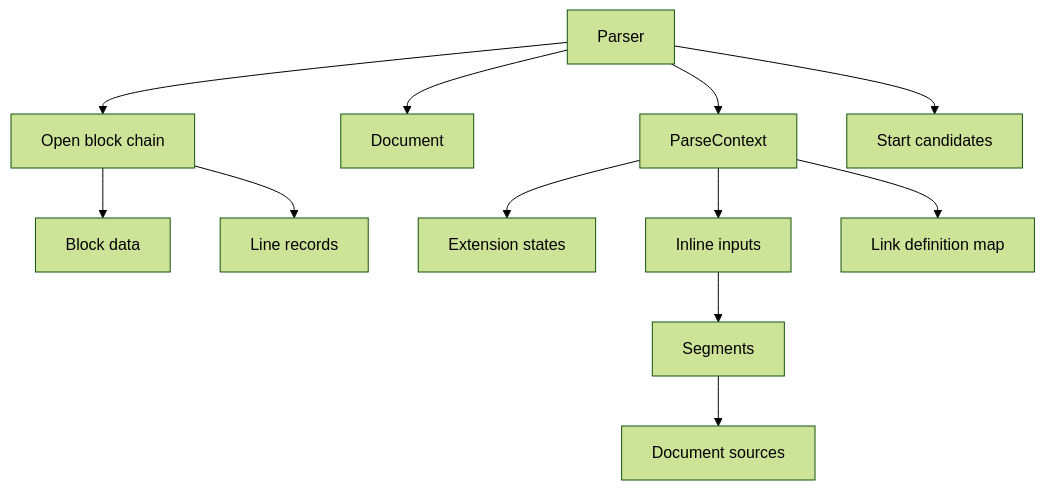
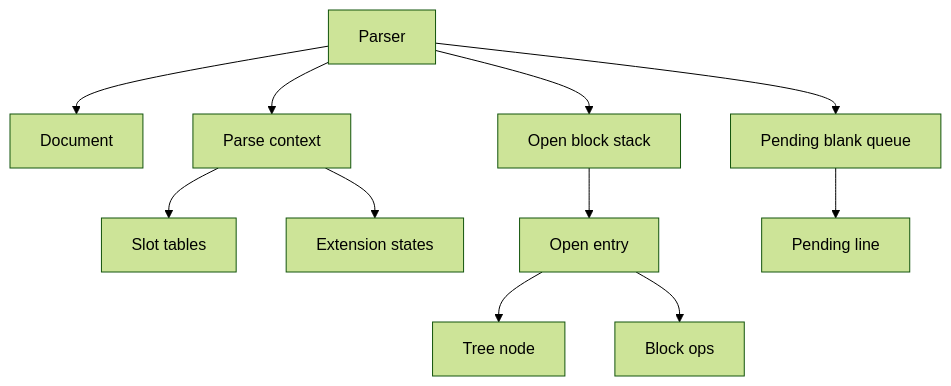
Before and after one commit to ktdevx/amark-private2: the fifth of 5 diagrams in .kiro/specs/block-parser/design.md, drawn with Mermaid (forest theme). The commit also changed other lines of this file and 6 other files, not shown here.

First line of the commit message:
docs(block-parser): 新しい構文木のモデルで spec を作り直す

````diff
--- a/.kiro/specs/block-parser/design.md
+++ b/.kiro/specs/block-parser/design.md
@@ -1175,14 +895,13 @@
 ```mermaid
 graph TB
-    Parser --> ParseContext
     Parser --> Document
-    Parser --> OpenChain[Open block chain]
-    Parser --> Candidates[Start candidates]
-    OpenChain --> BlockData[Block data]
-    OpenChain --> LineRecords[Line records]
-    ParseContext --> ExtState[Extension states]
-    ParseContext --> InlineInputs[Inline inputs]
-    ParseContext --> LinkDefs[Link definition map]
-    InlineInputs --> Segments
-    Segments --> Sources[Document sources]
+    Parser --> ParseContextData[Parse context]
+    ParseContextData --> SlotTables[Slot tables]
+    ParseContextData --> States[Extension states]
+    Parser --> OpenStack[Open block stack]
+    OpenStack --> OpenEntry[Open entry]
+    OpenEntry --> Node[Tree node]
+    OpenEntry --> Ops[Block ops]
+    Parser --> PendingQueue[Pending blank queue]
+    PendingQueue --> PendingLine[Pending line]
 ```
````
